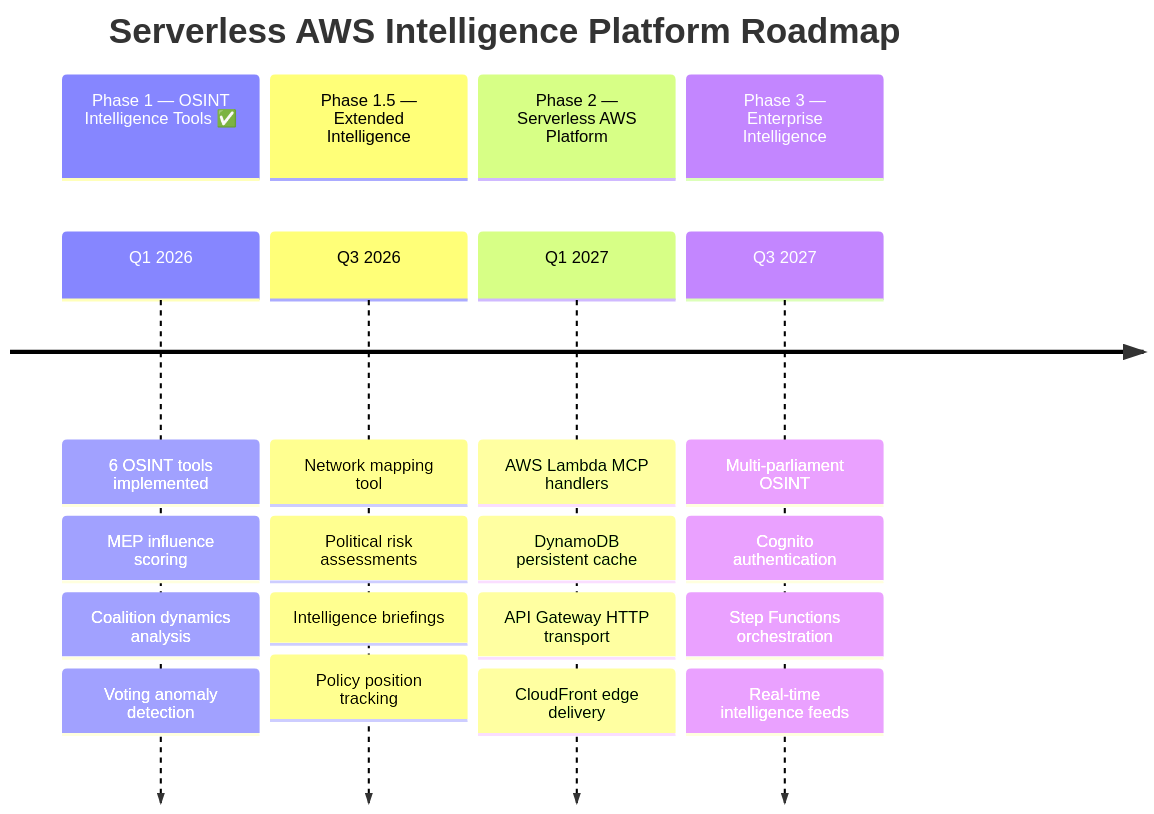
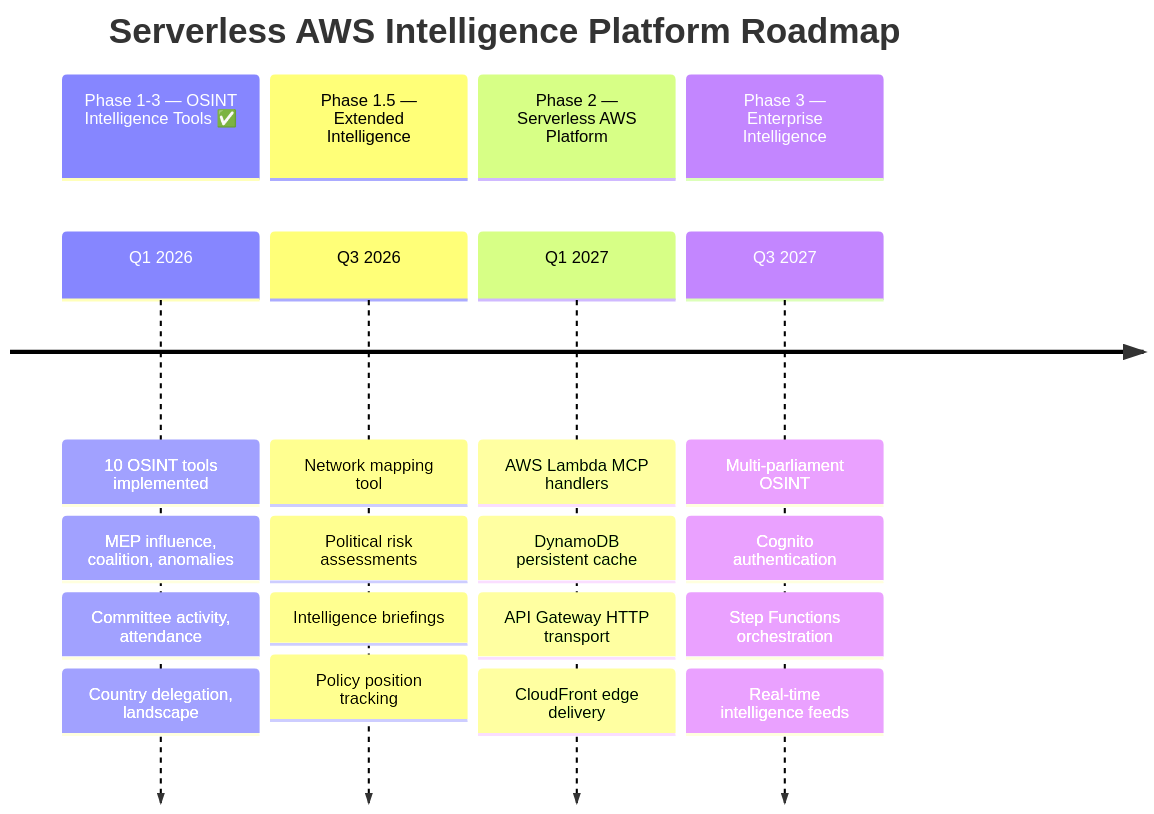
The first of 7 diagrams in FUTURE_ARCHITECTURE.md (Hack23/European-Parliament-MCP-Server), drawn with Mermaid before and after one commit. The commit also changed other lines of this file and 8 other files, not shown here.

````diff
--- a/FUTURE_ARCHITECTURE.md
+++ b/FUTURE_ARCHITECTURE.md
@@ -57,24 +57,24 @@
 ```mermaid
 timeline
     title Serverless AWS Intelligence Platform Roadmap
-    section Phase 1 — OSINT Intelligence Tools ✅
-        Q1 2026 : 6 OSINT tools implemented
-                : MEP influence scoring
-                : Coalition dynamics analysis
-                : Voting anomaly detection
+    section Phase 1-3 — OSINT Intelligence Tools ✅
+        Q1 2026 : 10 OSINT tools implemented
+                : MEP influence, coalition, anomalies
+                : Committee activity, attendance
+                : Country delegation, landscape
     section Phase 1.5 — Extended Intelligence
         Q3 2026 : Network mapping tool
                 : Political risk assessments
                 : Intelligence briefings
                 : Policy position tracking
     section Phase 2 — Serverless AWS Platform
         Q1 2027 : AWS Lambda MCP handlers
                 : DynamoDB persistent cache
                 : API Gateway HTTP transport
                 : CloudFront edge delivery
     section Phase 3 — Enterprise Intelligence
         Q3 2027 : Multi-parliament OSINT
                 : Cognito authentication
                 : Step Functions orchestration
                 : Real-time intelligence feeds
 ```
````
